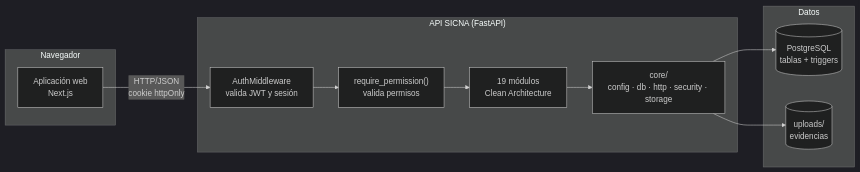
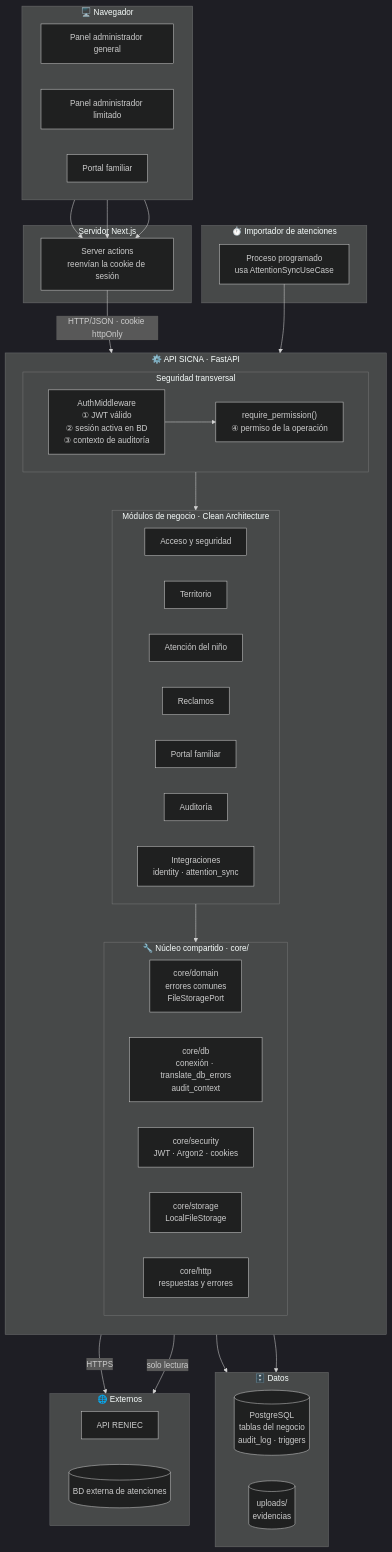
One commit to germanAmiqueroPeralta/SPRINT1 changed the first of 2 diagrams in docs/02-arquitectura-de-software/04-componentes-arquitectonicos.md. Above: the diagram before and after it, drawn with Mermaid (dark theme). The commit also changed other lines of this file and 19 other files, not shown here.

````diff
--- a/docs/02-arquitectura-de-software/04-componentes-arquitectonicos.md
+++ b/docs/02-arquitectura-de-software/04-componentes-arquitectonicos.md
@@ -7,24 +7,70 @@
 ```mermaid
-flowchart LR
-    subgraph Cliente["Navegador"]
-        UI["Aplicación web<br/>Next.js"]
+flowchart TB
+    subgraph CLIENTE["🖥️ Navegador"]
+        direction LR
+        UI1["Panel administrador general"]
+        UI2["Panel administrador limitado"]
+        UI3["Portal familiar"]
     end
 
-    subgraph Backend["API SICNA (FastAPI)"]
-        MW["AuthMiddleware<br/>valida JWT y sesión"]
-        PG["require_permission()<br/>valida permisos"]
-        MOD["19 módulos<br/>Clean Architecture"]
-        CORE["core/<br/>config · db · http · security · storage"]
-        MW --> PG --> MOD
-        MOD --> CORE
+    subgraph NEXT["Servidor Next.js"]
+        SA["Server actions<br/>reenvían la cookie de sesión"]
     end
 
-    subgraph Datos["Datos"]
-        BD[("PostgreSQL<br/>tablas + triggers")]
+    subgraph BACKEND["⚙️ API SICNA · FastAPI"]
+        direction TB
+        subgraph SEGURIDAD["Seguridad transversal"]
+            direction LR
+            MW["AuthMiddleware<br/>① JWT válido<br/>② sesión activa en BD<br/>③ contexto de auditoría"]
+            PG["require_permission()<br/>④ permiso de la operación"]
+            MW --> PG
+        end
+
+        subgraph MODS["Módulos de negocio · Clean Architecture"]
+            direction LR
+            M_ACC["Acceso y seguridad"]
+            M_TER["Territorio"]
+            M_ATE["Atención del niño"]
+            M_REC["Reclamos"]
+            M_POR["Portal familiar"]
+            M_AUD["Auditoría"]
+            M_INT["Integraciones<br/>identity · attention_sync"]
+        end
+
+        subgraph CORE["🔧 Núcleo compartido · core/"]
+            direction LR
+            C_DOM["core/domain<br/>errores comunes<br/>FileStoragePort"]
+            C_DB["core/db<br/>conexión · translate_db_errors<br/>audit_context"]
+            C_SEC["core/security<br/>JWT · Argon2 · cookies"]
+            C_ST["core/storage<br/>LocalFileStorage"]
+            C_HTTP["core/http<br/>respuestas y errores"]
+        end
+
+        PG --> MODS
+        MODS --> CORE
+    end
+
+    subgraph WORKER["⏱️ Importador de atenciones"]
+        JOB["Proceso programado<br/>usa AttentionSyncUseCase"]
+    end
+
+    subgraph DATOS["🗄️ Datos"]
+        direction LR
+        BD[("PostgreSQL<br/>tablas del negocio<br/>audit_log · triggers")]
         FS[("uploads/<br/>evidencias")]
     end
 
-    UI -->|"HTTP/JSON<br/>cookie httpOnly"| MW
-    CORE --> BD
-    CORE --> FS
+    subgraph EXT["🌐 Externos"]
+        direction LR
+        RENIEC["API RENIEC"]
+        BDEXT[("BD externa de atenciones")]
+    end
+
+    UI1 & UI2 & UI3 --> SA
+    SA -->|"HTTP/JSON · cookie httpOnly"| MW
+    JOB --> M_INT
+    C_DB --> BD
+    C_ST --> FS
+    M_INT -->|HTTPS| RENIEC
+    M_INT -->|solo lectura| BDEXT
 ```
````
